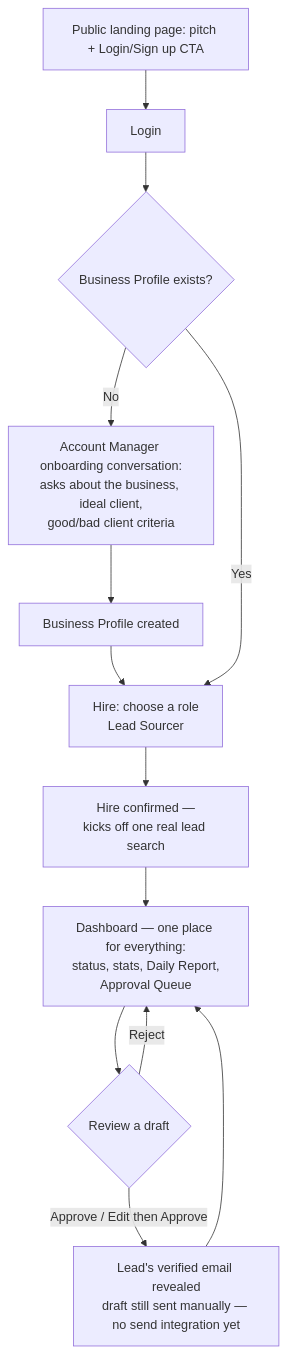
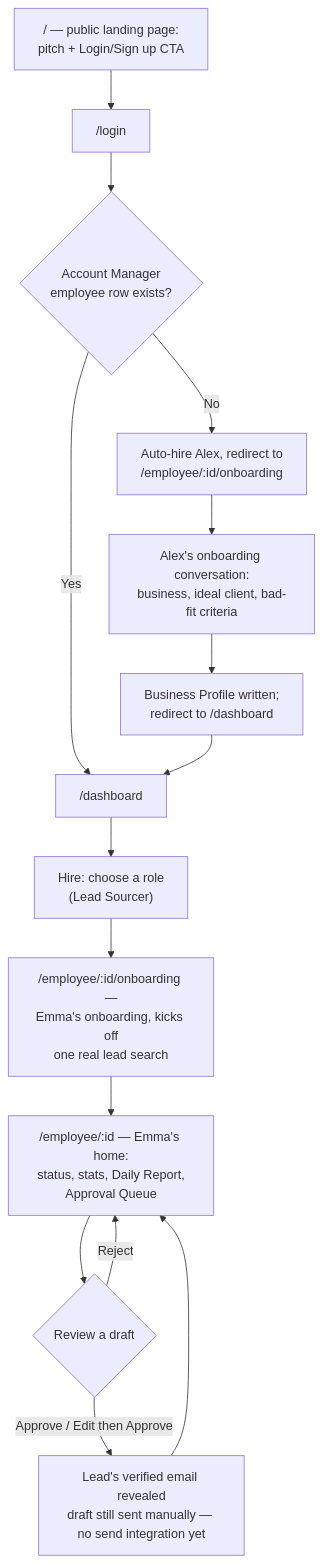
One commit to madhavsharma2106/ai-workforce-web-app changed the diagram in docs/USER_JOURNEY.md. Above: the diagram before and after it, drawn with Mermaid. The commit also changed other lines of this file and 19 other files, not shown here.

````diff
--- a/docs/USER_JOURNEY.md
+++ b/docs/USER_JOURNEY.md
@@ -20,15 +20,17 @@
 ```mermaid
 flowchart TD
-    A[Public landing page: pitch + Login/Sign up CTA] --> B[Login]
-    B --> C{Business Profile exists?}
-    C -->|No| D[Account Manager onboarding conversation:<br/>asks about the business, ideal client,<br/>good/bad client criteria]
-    D --> E[Business Profile created]
-    E --> F[Hire: choose a role<br/>Lead Sourcer]
-    C -->|Yes| F
-    F --> G[Hire confirmed —<br/>kicks off one real lead search]
-    G --> H[Dashboard — one place for everything:<br/>status, stats, Daily Report,<br/>Approval Queue]
-    H --> I{Review a draft}
-    I -->|Approve / Edit then Approve| J[Lead's verified email revealed<br/>draft still sent manually — no send integration yet]
-    I -->|Reject| H
-    J --> H
+    A["/ — public landing page:<br/>pitch + Login/Sign up CTA"] --> B["/login"]
+    B --> C{Account Manager<br/>employee row exists?}
+    C -->|No| D["Auto-hire Alex, redirect to<br/>/employee/:id/onboarding"]
+    D --> E["Alex's onboarding conversation:<br/>business, ideal client, bad-fit criteria"]
+    E --> F["Business Profile written;<br/>redirect to /dashboard"]
+    C -->|Yes| F2["/dashboard"]
+    F --> F2
+    F2 --> G["Hire: choose a role<br/>(Lead Sourcer)"]
+    G --> H["/employee/:id/onboarding —<br/>Emma's onboarding, kicks off<br/>one real lead search"]
+    H --> I["/employee/:id — Emma's home:<br/>status, stats, Daily Report,<br/>Approval Queue"]
+    I --> J{Review a draft}
+    J -->|Approve / Edit then Approve| K[Lead's verified email revealed<br/>draft still sent manually — no send integration yet]
+    J -->|Reject| I
+    K --> I
 ```
````
